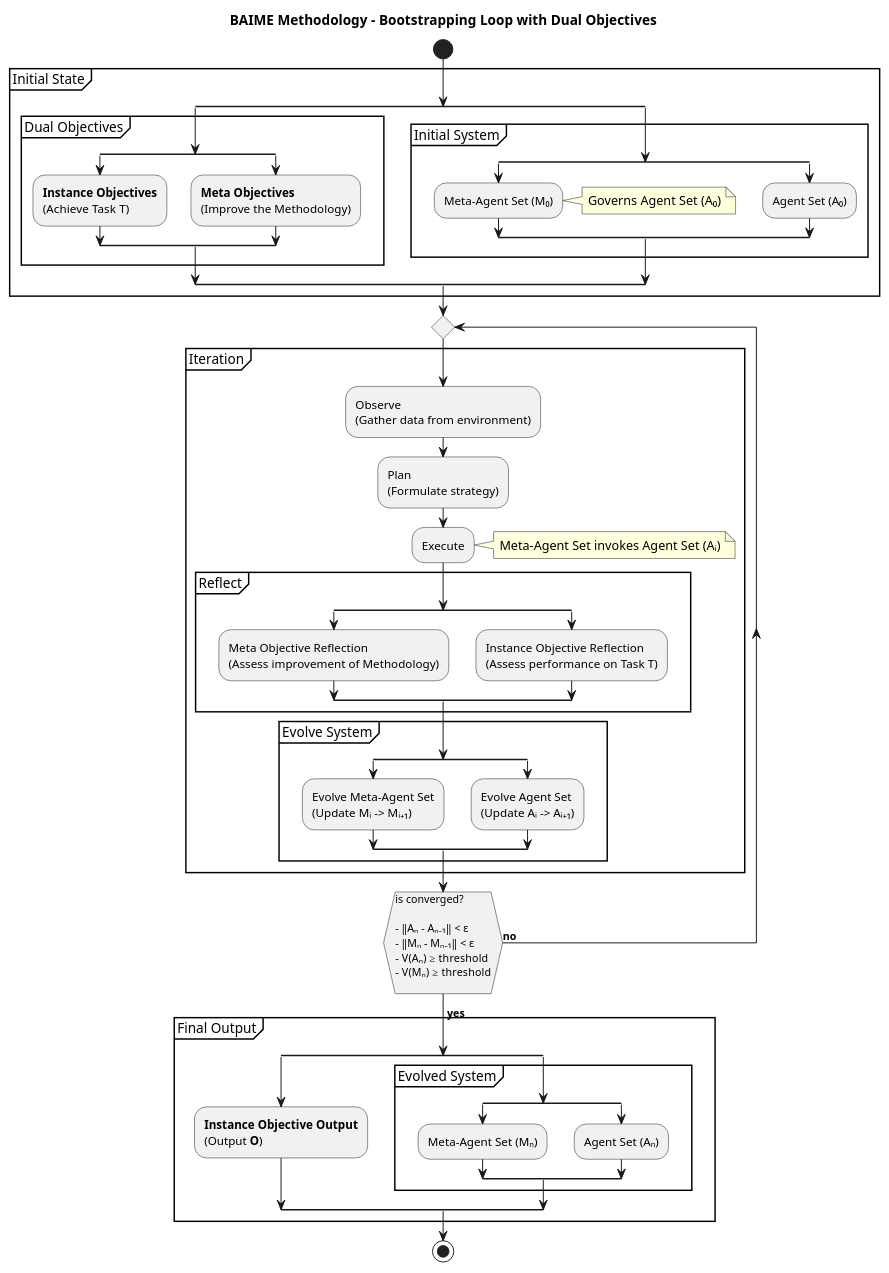
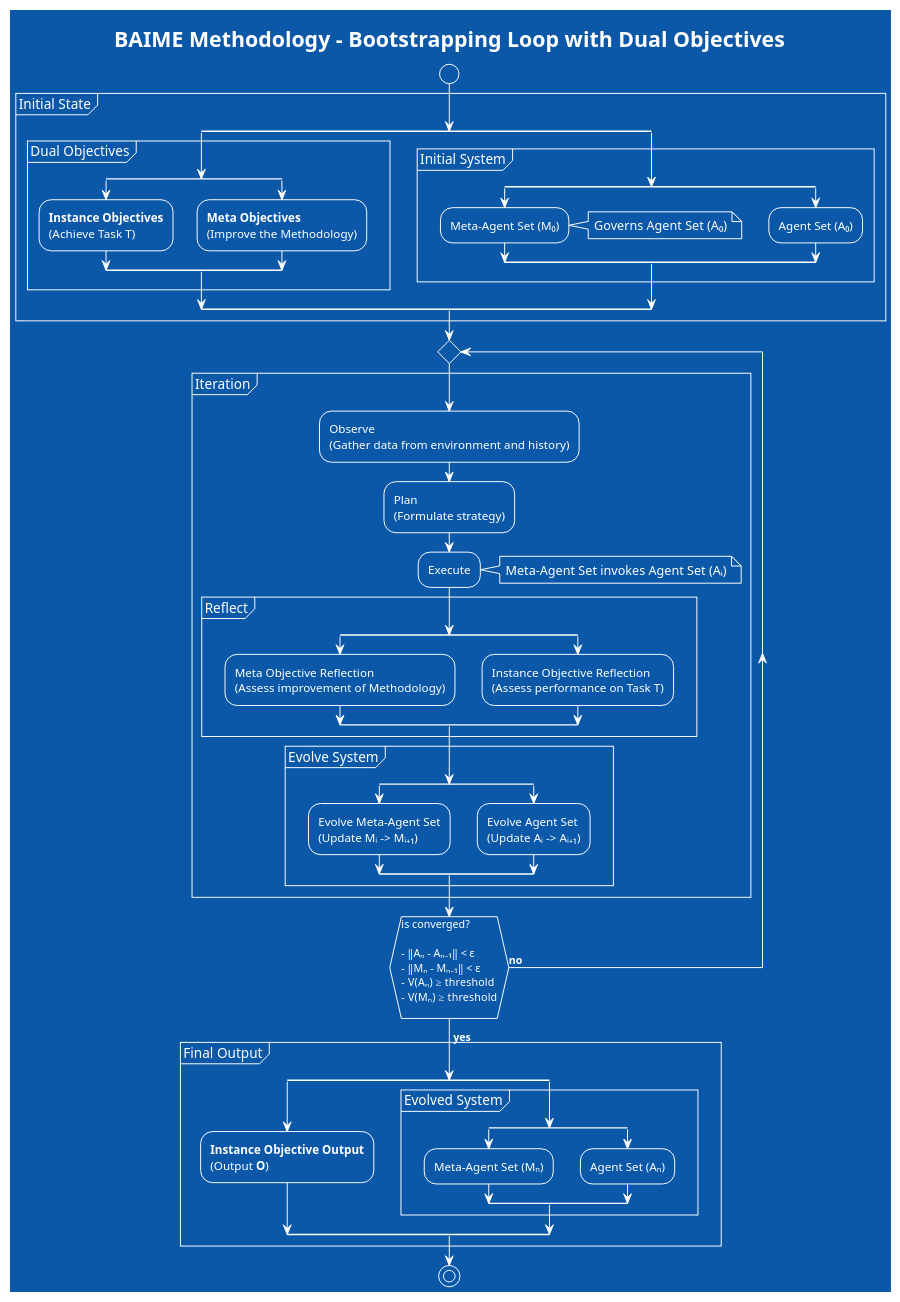
The diagram in docs/methodology/baime_methodology_diagram.puml (yaleh/meta-cc), drawn with PlantUML before and after one commit.

Commit message:
docs(methodology): add Amiga theme and history data to BAIME diagram
- Applied the Amiga visual theme to the PlantUML diagram by adding `!theme amiga`.
- Updated the "Gather data" step to explicitly include both environmental data and historical data, clarifying the dual objectives of the bootstrapping loop.
- Improves documentation readability and accurately reflects the methodology’s data collection process.

```diff
--- a/docs/methodology/baime_methodology_diagram.puml
+++ b/docs/methodology/baime_methodology_diagram.puml
@@ -1,87 +1,88 @@
 @startuml
+!theme amiga
 title BAIME Methodology - Bootstrapping Loop with Dual Objectives
 
 start
 
 partition "Initial State" {
     split
         partition "Dual Objectives" {
             split
                 :**Instance Objectives**
                 (Achieve Task T);
             split again
                 :**Meta Objectives**
                 (Improve the Methodology);
             end split
         }
     split again
         partition "Initial System" {
             split
                 :Meta-Agent Set (M₀);
                 note right: Governs Agent Set (A₀)
             split again
                 :Agent Set (A₀);
             end split
         }
     end split
 }
 
 repeat
     partition "Iteration" {
         :Observe
-        (Gather data from environment);
+        (Gather data from environment and history);
 
         :Plan
         (Formulate strategy);
 
         :Execute;
         note right: Meta-Agent Set invokes Agent Set (Aᵢ)
 
         partition "Reflect" {
             split
                 :Meta Objective Reflection
                 (Assess improvement of Methodology);
             split again
                 :Instance Objective Reflection
                 (Assess performance on Task T);
             end split
         }
 
         partition "Evolve System" {
             split
                 :Evolve Meta-Agent Set
                 (Update Mᵢ -> Mᵢ₊₁);
             split again
                 :Evolve Agent Set
                 (Update Aᵢ -> Aᵢ₊₁);
             end split
         }
     }
 repeat while (is converged?
 
       - ‖Aₙ - Aₙ₋₁‖ < ε
       - ‖Mₙ - Mₙ₋₁‖ < ε
       - V(Aₙ) ≥ threshold
       - V(Mₙ) ≥ threshold
 ) is (**no**
 )
 -> **yes**;
 
 partition "Final Output" {
     split
         :**Instance Objective Output**
         (Output **O**);
     split again
         partition "Evolved System" {
             split
                 :Meta-Agent Set (Mₙ);
             split again
                 :Agent Set (Aₙ);
             end split
         }
     end split
 }
 
 stop
 
 @enduml
```
